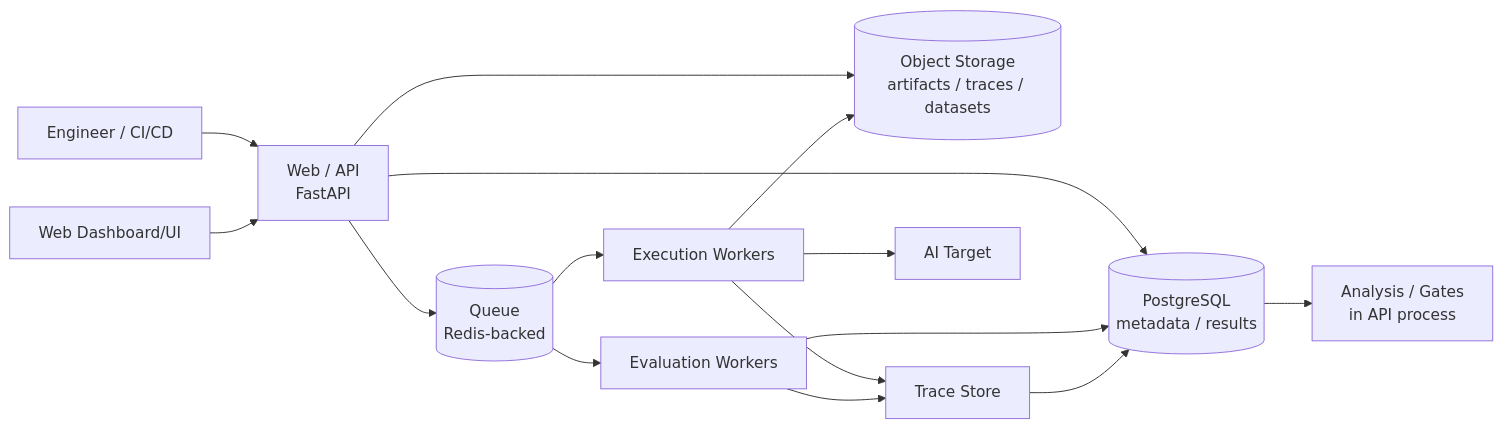
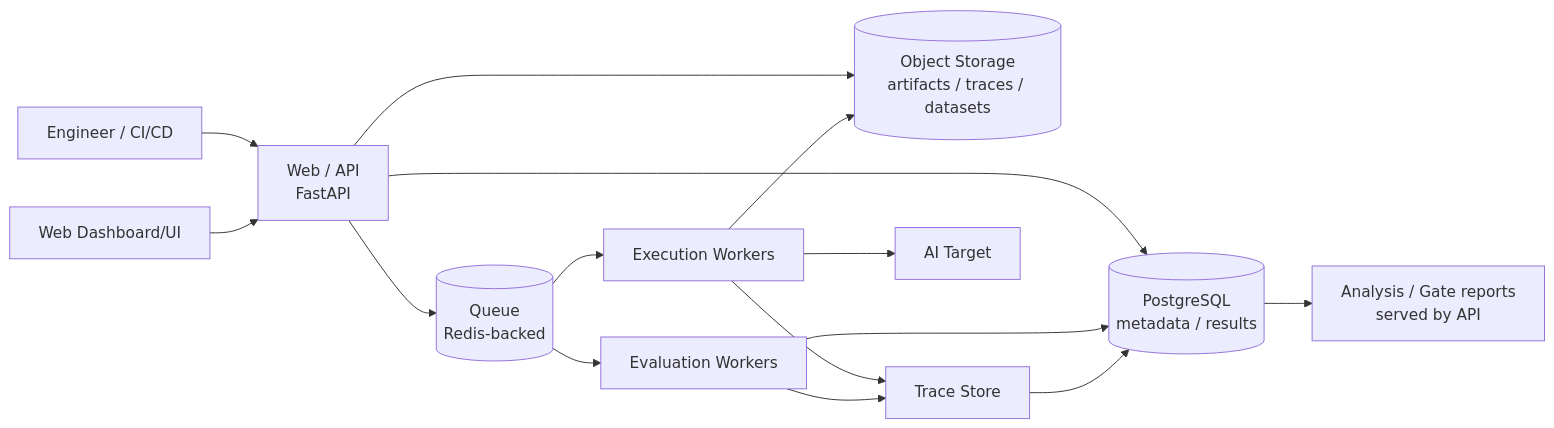
Before and after one commit to D-engahmed/AEGIS: the diagram in docs/architecture/container-architecture.md, drawn with Mermaid. The commit also changed other lines of this file and 3 other files, not shown here.

First line of the commit message:
docs: align architecture docs with as-built gates, storage, evaluators (step 8b-2)

````diff
--- a/docs/architecture/container-architecture.md
+++ b/docs/architecture/container-architecture.md
@@ -17,25 +17,25 @@
 ```mermaid
 flowchart LR
 
     USER[Engineer / CI/CD]
     UI[Web Dashboard/UI]
 
     USER --> API[Web / API<br/>FastAPI]
     UI --> API
 
     API --> PG[(PostgreSQL<br/>metadata / results)]
     API --> REDIS[(Queue<br/>Redis-backed)]
     API --> OS[(Object Storage<br/>artifacts / traces / datasets)]
 
     REDIS --> EXEC[Execution Workers]
     REDIS --> EVALW[Evaluation Workers]
 
     EXEC --> TRACE[Trace Store]
     EXEC --> OS
     EXEC --> TARGET[AI Target]
     EVALW --> TRACE
     EVALW --> PG
 
     TRACE --> PG
-    PG --> ANALYSIS[Analysis / Gates<br/>in API process]
+    PG --> ANALYSIS[Analysis / Gate reports<br/>served by API]
 ```
````
